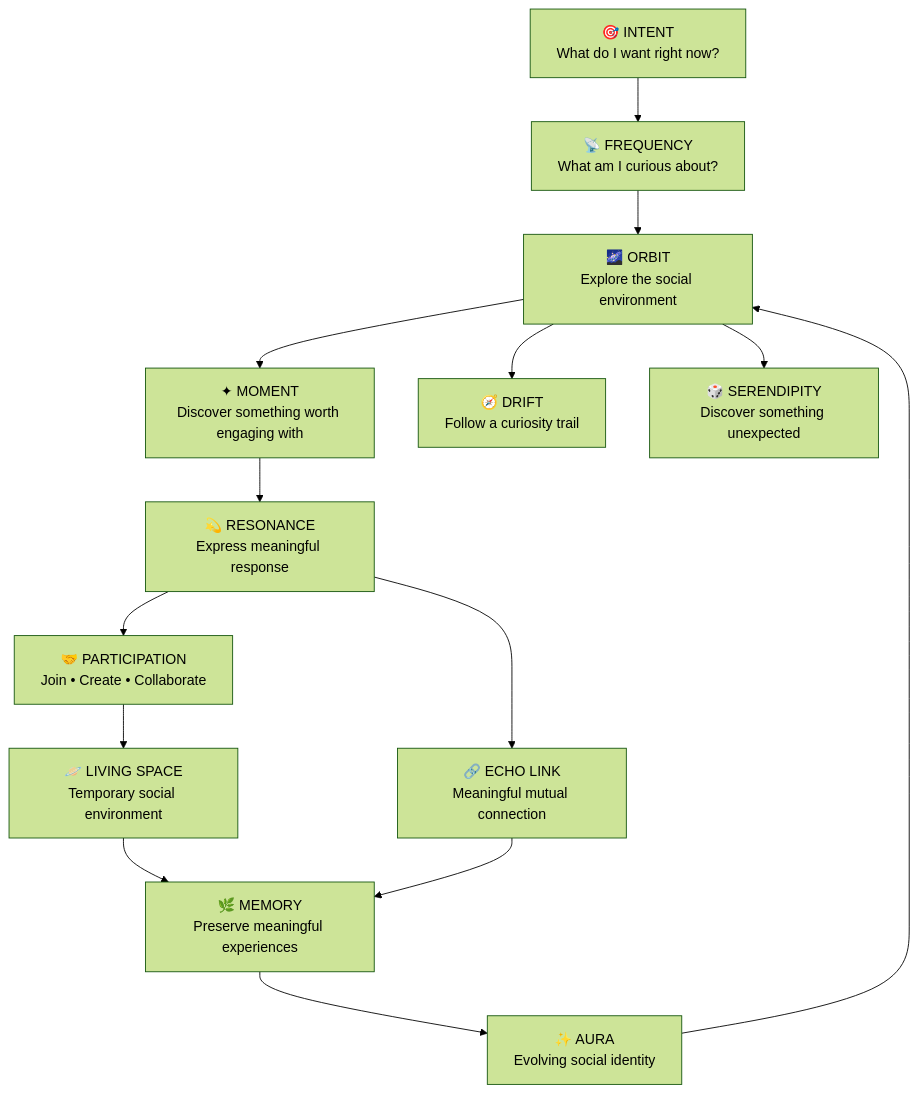
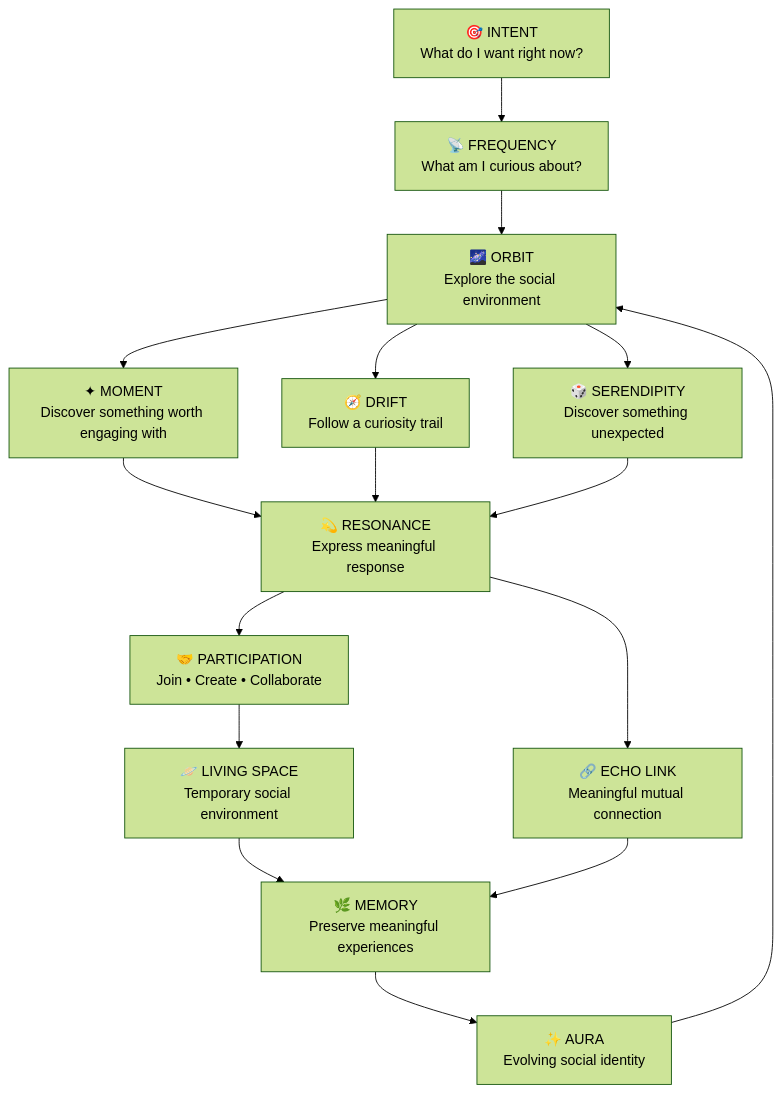
Before and after one commit to 23-shivamsingh/NEXA: the first of 3 diagrams in README.md, drawn with Mermaid (forest theme). The commit also changed other lines of this file and 12 other files, not shown here.

````diff
--- a/README.md
+++ b/README.md
@@ -196,40 +215,32 @@
 ```mermaid
 flowchart TD
 
     A["🎯 INTENT<br/>What do I want right now?"]
     B["📡 FREQUENCY<br/>What am I curious about?"]
     C["🌌 ORBIT<br/>Explore the social environment"]
-
     D["✦ MOMENT<br/>Discover something worth engaging with"]
-
     E["🧭 DRIFT<br/>Follow a curiosity trail"]
     F["🎲 SERENDIPITY<br/>Discover something unexpected"]
-
     G["💫 RESONANCE<br/>Express meaningful response"]
     H["🤝 PARTICIPATION<br/>Join • Create • Collaborate"]
-
     I["🪐 LIVING SPACE<br/>Temporary social environment"]
     J["🔗 ECHO LINK<br/>Meaningful mutual connection"]
-
     K["🌿 MEMORY<br/>Preserve meaningful experiences"]
     L["✨ AURA<br/>Evolving social identity"]
 
     A --> B
     B --> C
-
     C --> D
     C --> E
     C --> F
-
     D --> G
+    E --> G
+    F --> G
     G --> H
-
+    G --> J
     H --> I
-    G --> J
-
     I --> K
     J --> K
-
     K --> L
     L --> C
 ```
````
